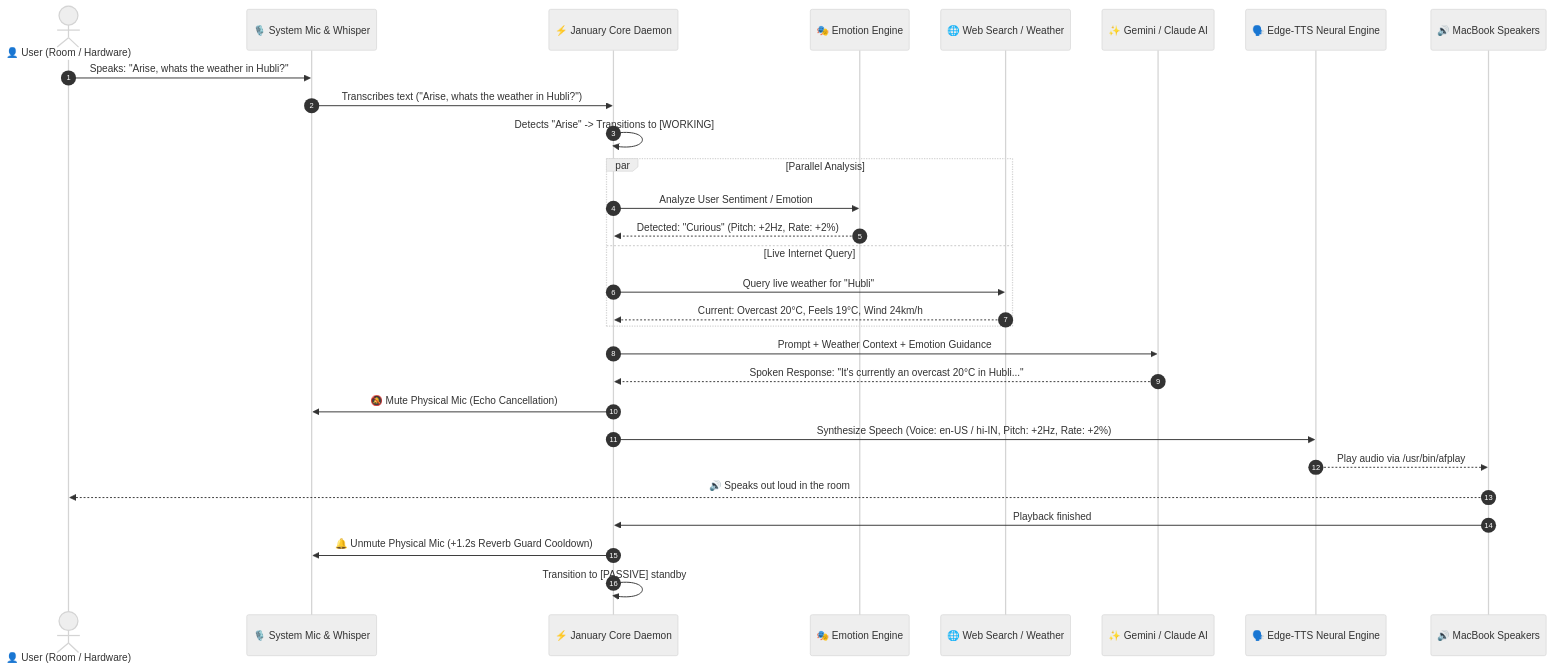
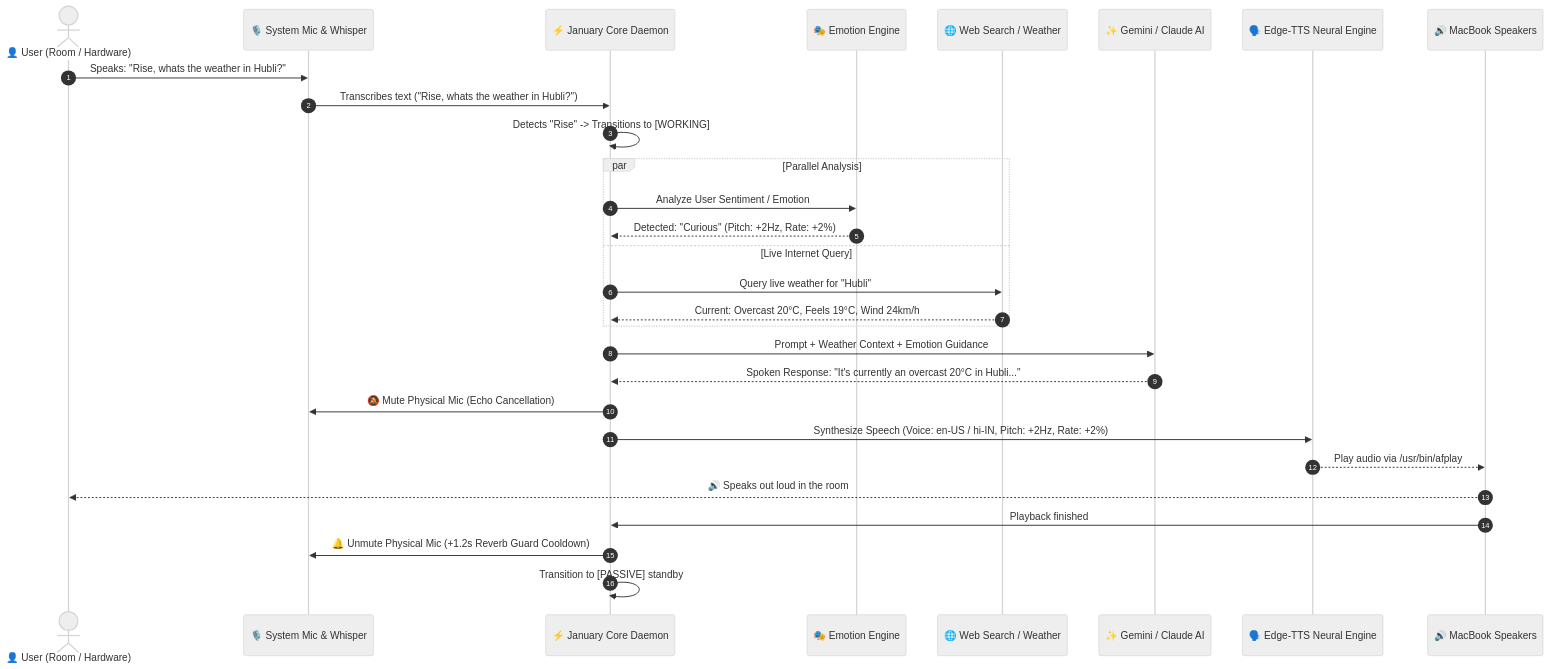
Before and after one commit to ashwintelangstark/january.systems: the third of 5 diagrams in README.md, drawn with Mermaid (neutral theme). The commit also changed other lines of this file and 13 other files, not shown here.

````diff
--- a/README.md
+++ b/README.md
@@ -104,36 +104,36 @@
 ```mermaid
 sequenceDiagram
     autonumber
     actor User as 👤 User (Room / Hardware)
     participant Mic as 🎙️ System Mic & Whisper
     participant Daemon as ⚡ January Core Daemon
     participant Emotion as 🎭 Emotion Engine
     participant Web as 🌐 Web Search / Weather
     participant Gemini as ✨ Gemini / Claude AI
     participant TTS as 🗣️ Edge-TTS Neural Engine
     participant Speaker as 🔊 MacBook Speakers
 
-    User->>Mic: Speaks: "Arise, whats the weather in Hubli?"
-    Mic->>Daemon: Transcribes text ("Arise, whats the weather in Hubli?")
-    Daemon->>Daemon: Detects "Arise" -> Transitions to [WORKING]
+    User->>Mic: Speaks: "Rise, whats the weather in Hubli?"
+    Mic->>Daemon: Transcribes text ("Rise, whats the weather in Hubli?")
+    Daemon->>Daemon: Detects "Rise" -> Transitions to [WORKING]
     
     par Parallel Analysis
         Daemon->>Emotion: Analyze User Sentiment / Emotion
         Emotion-->>Daemon: Detected: "Curious" (Pitch: +2Hz, Rate: +2%)
     and Live Internet Query
         Daemon->>Web: Query live weather for "Hubli"
         Web-->>Daemon: Current: Overcast 20°C, Feels 19°C, Wind 24km/h
     end
 
     Daemon->>Gemini: Prompt + Weather Context + Emotion Guidance
     Gemini-->>Daemon: Spoken Response: "It's currently an overcast 20°C in Hubli..."
     
     Daemon->>Mic: 🔕 Mute Physical Mic (Echo Cancellation)
     Daemon->>TTS: Synthesize Speech (Voice: en-US / hi-IN, Pitch: +2Hz, Rate: +2%)
     TTS-->>Speaker: Play audio via /usr/bin/afplay
     Speaker-->>User: 🔊 Speaks out loud in the room
     
     Speaker->>Daemon: Playback finished
     Daemon->>Mic: 🔔 Unmute Physical Mic (+1.2s Reverb Guard Cooldown)
     Daemon->>Daemon: Transition to [PASSIVE] standby
 ```
````
